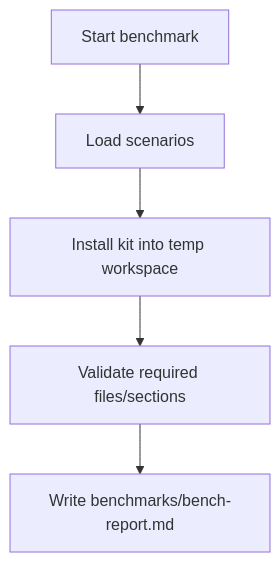
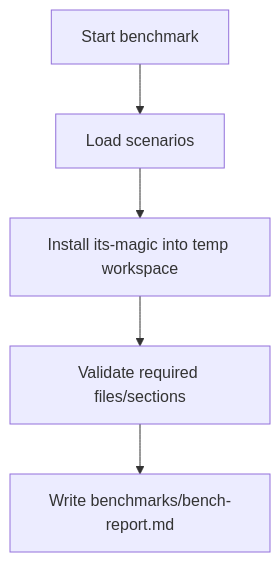
Before and after one commit to fl0wm0ti0n/gsd_cursor: the second of 7 diagrams in README.md, drawn with Mermaid. The commit also changed other lines of this file and 12 other files, not shown here.

Commit message:
Add installation completion banners to gsd installers in PowerShell, Python, and Shell scripts. Update README to reflect new project name 'its-magic' and enhance installation instructions. Remove outdated Chocolatey package versions and update packaging scripts for better user experience.

````diff
--- a/README.md
+++ b/README.md
@@ -302,7 +302,7 @@
 ```mermaid
 flowchart TD
   StartBench[Start benchmark] --> SelectScenario[Load scenarios]
-  SelectScenario --> InstallKit[Install kit into temp workspace]
+  SelectScenario --> InstallKit[Install its-magic into temp workspace]
   InstallKit --> RunChecks[Validate required files/sections]
   RunChecks --> BenchReport[Write benchmarks/bench-report.md]
 ```
````
